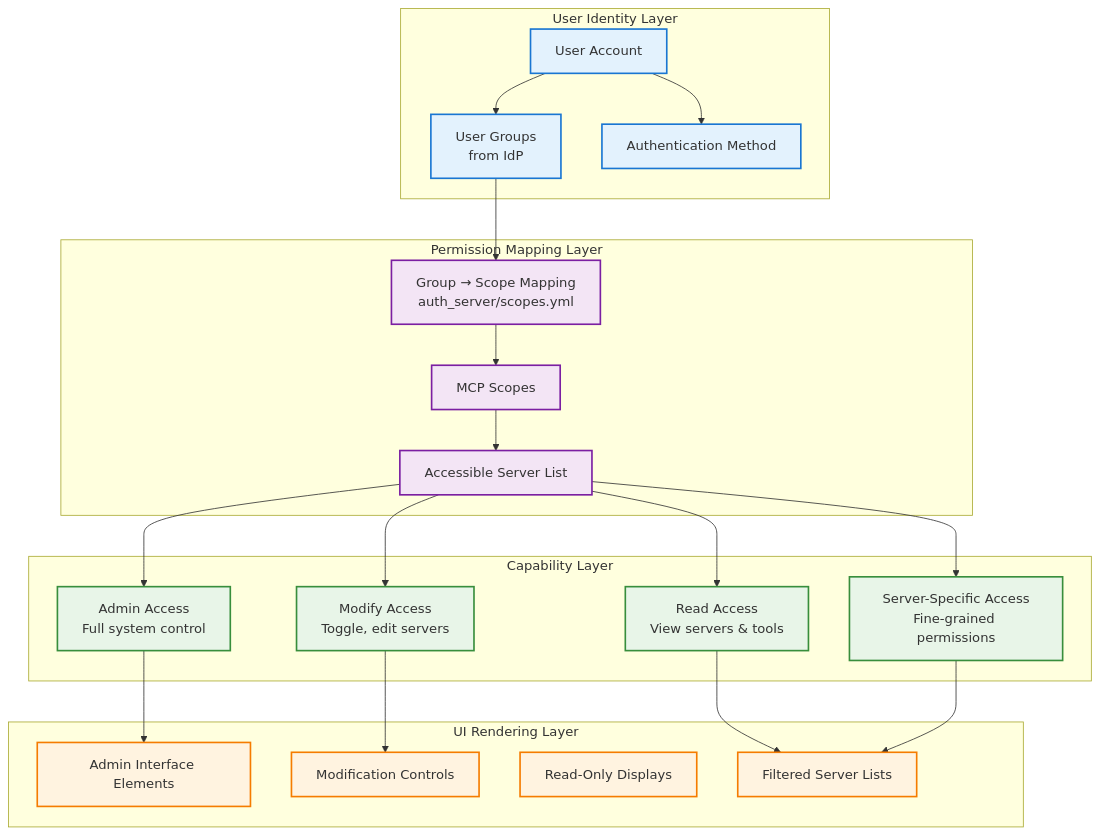
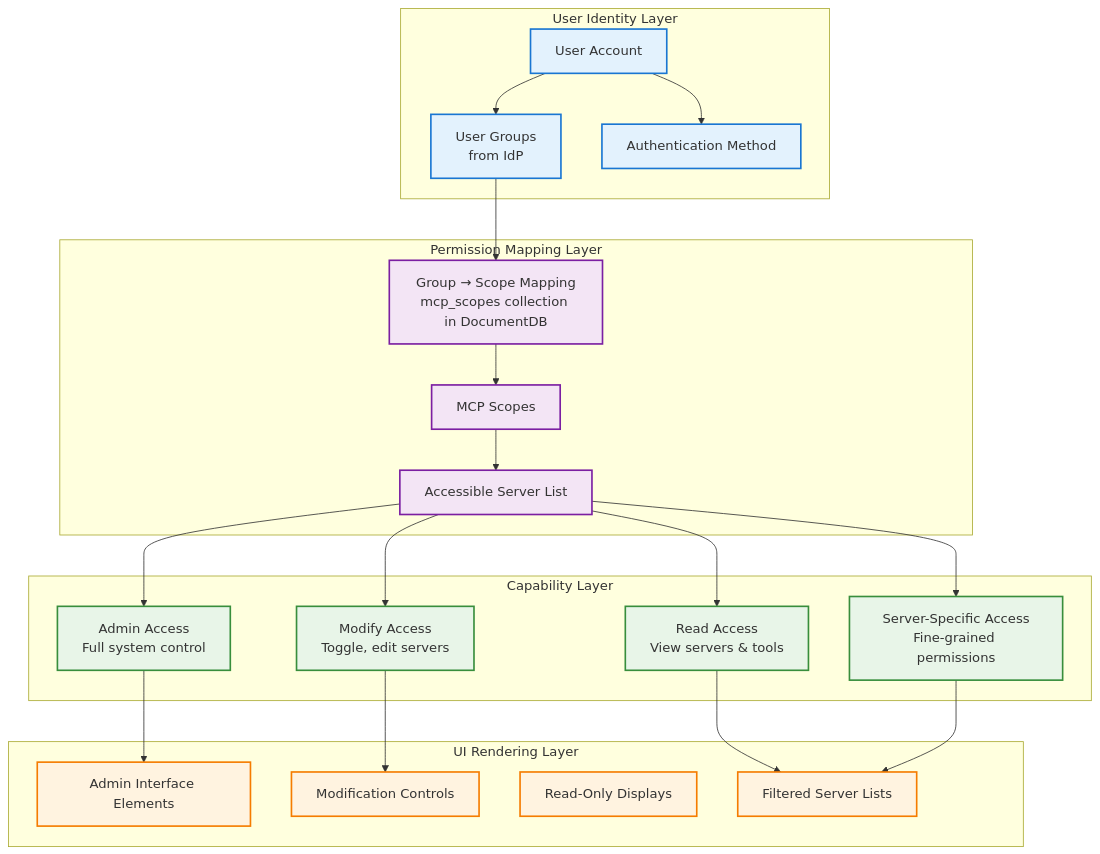
The ninth of 12 diagrams in docs/registry-auth-detailed.md (omrishiv/mcp-gateway-registry), drawn with Mermaid before and after one commit. The commit also changed other lines of this file and 48 other files, not shown here.

````diff
--- a/docs/registry-auth-detailed.md
+++ b/docs/registry-auth-detailed.md
@@ -676,54 +676,54 @@
 ```mermaid
 graph TB
     subgraph "User Identity Layer"
         User[User Account]
         Groups[User Groups<br/>from IdP]
         AuthMethod[Authentication Method]
     end
     
     subgraph "Permission Mapping Layer"
-        ScopeMapping[Group → Scope Mapping<br/>auth_server/scopes.yml]
+        ScopeMapping[Group → Scope Mapping<br/>mcp_scopes collection in DocumentDB]
         Scopes[MCP Scopes]
         ServerAccess[Accessible Server List]
     end
     
     subgraph "Capability Layer"
         ReadAccess[Read Access<br/>View servers & tools]
         ModifyAccess[Modify Access<br/>Toggle, edit servers]
         AdminAccess[Admin Access<br/>Full system control]
         ServerSpecific[Server-Specific Access<br/>Fine-grained permissions]
     end
     
     subgraph "UI Rendering Layer"
         AdminUI[Admin Interface Elements]
         ModifyUI[Modification Controls]
         ReadOnlyUI[Read-Only Displays]
         FilteredContent[Filtered Server Lists]
     end
     
     User --> Groups
     User --> AuthMethod
     Groups --> ScopeMapping
     ScopeMapping --> Scopes
     Scopes --> ServerAccess
     
     ServerAccess --> ReadAccess
     ServerAccess --> ModifyAccess
     ServerAccess --> AdminAccess
     ServerAccess --> ServerSpecific
     
     ReadAccess --> FilteredContent
     ModifyAccess --> ModifyUI
     AdminAccess --> AdminUI
     ServerSpecific --> FilteredContent
     
     classDef identity fill:#e3f2fd,stroke:#1976d2,stroke-width:2px
     classDef mapping fill:#f3e5f5,stroke:#7b1fa2,stroke-width:2px
     classDef capability fill:#e8f5e8,stroke:#388e3c,stroke-width:2px
     classDef ui fill:#fff3e0,stroke:#f57c00,stroke-width:2px
     
     class User,Groups,AuthMethod identity
     class ScopeMapping,Scopes,ServerAccess mapping
     class ReadAccess,ModifyAccess,AdminAccess,ServerSpecific capability
     class AdminUI,ModifyUI,ReadOnlyUI,FilteredContent ui
 ```
````
